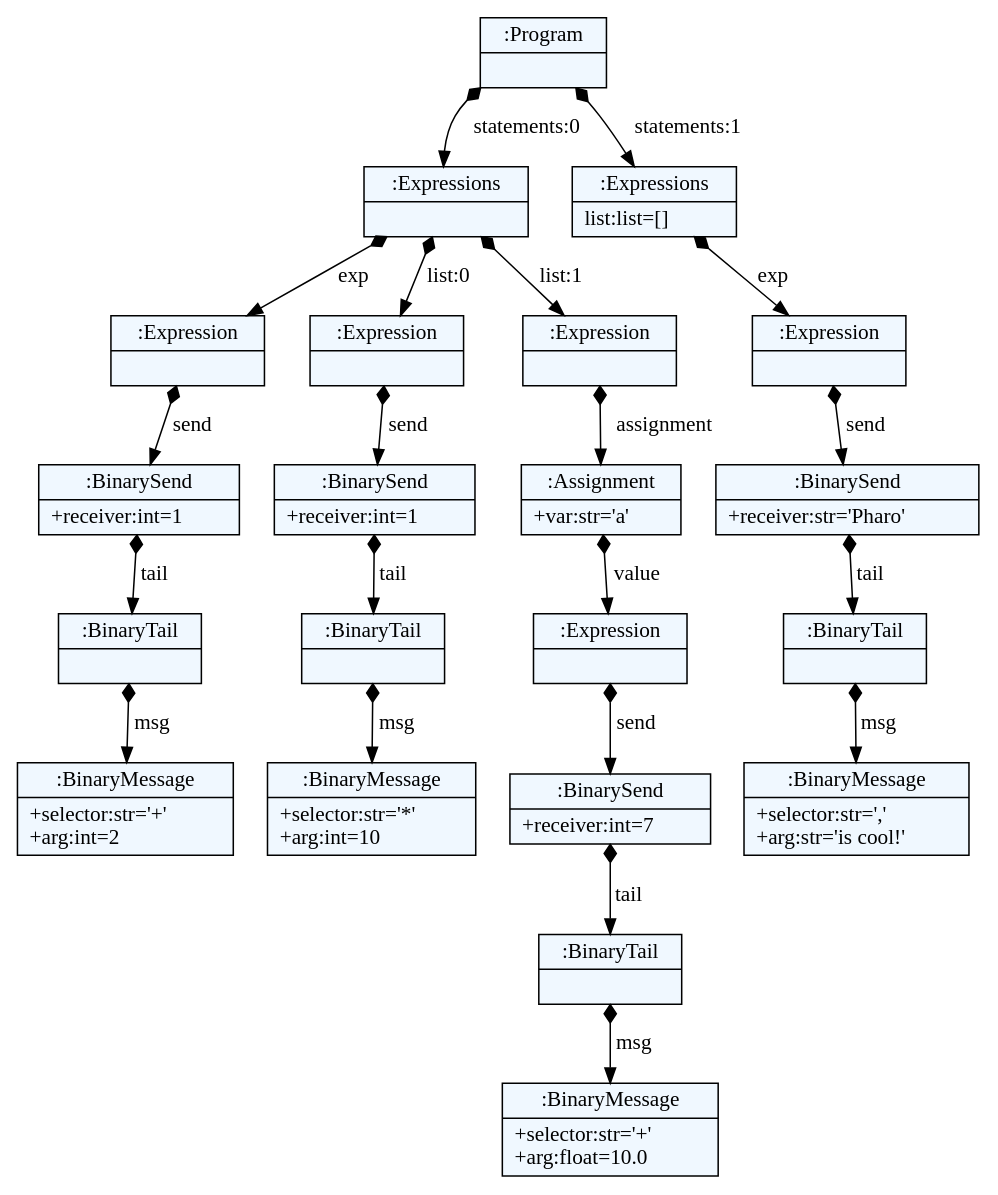
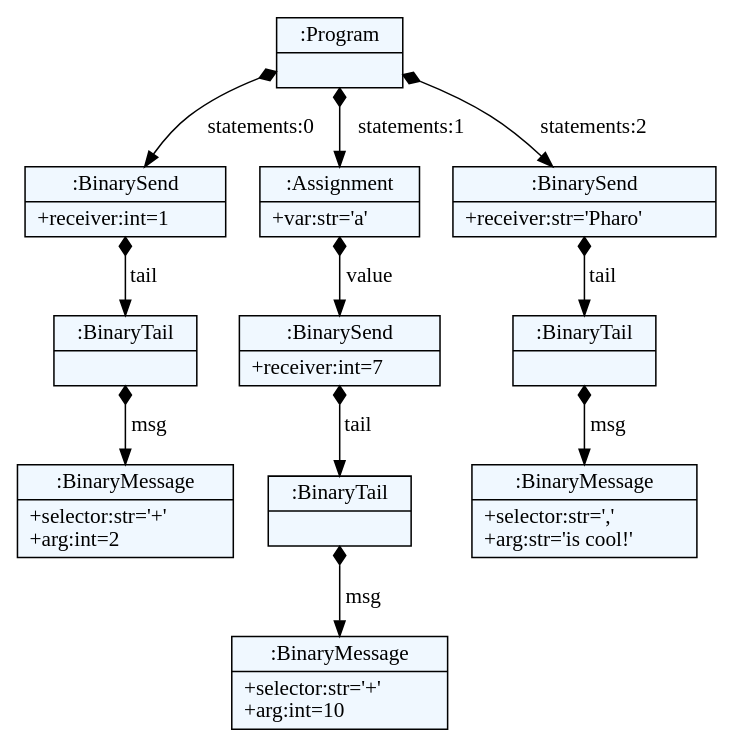
Before and after one commit to spcnz/smalltalk-parser: the diagram in parser/dot/binary_msg.dot, drawn with Graphviz. The commit also changed 6093 other files, not shown here.

```diff
--- a/parser/dot/binary_msg.dot
+++ b/parser/dot/binary_msg.dot
@@ -1,56 +1,36 @@
 
     digraph textX {
     fontname = "Bitstream Vera Sans"
     fontsize = 8
     node[
         shape=record,
         style=filled,
         fillcolor=aliceblue
     ]
     nodesep = 0.3
     edge[dir=black,arrowtail=empty]
 
 
-2686658829056 -> 2686658828664 [label="statements:0" arrowtail=diamond dir=both]
-2686658828664 -> 2686658829224 [label="exp" arrowtail=diamond dir=both]
-2686658829224 -> 2686658829616 [label="send" arrowtail=diamond dir=both]
-2686658829616 -> 2686658829336 [label="tail" arrowtail=diamond dir=both]
-2686658829336 -> 2686777472448 [label="msg" arrowtail=diamond dir=both]
-2686777472448[label="{:BinaryMessage|+selector:str='+'\l+arg:int=2\l}"]
-2686658829336[label="{:BinaryTail|}"]
-2686658829616[label="{:BinarySend|+receiver:int=1\l}"]
-2686658829224[label="{:Expression|}"]
-2686658828664 -> 2686658829392 [label="list:0" arrowtail=diamond dir=both]
-2686658829392 -> 2686658829448 [label="send" arrowtail=diamond dir=both]
-2686658829448 -> 2686777472560 [label="tail" arrowtail=diamond dir=both]
-2686777472560 -> 2686777473344 [label="msg" arrowtail=diamond dir=both]
-2686777473344[label="{:BinaryMessage|+selector:str='*'\l+arg:int=10\l}"]
-2686777472560[label="{:BinaryTail|}"]
-2686658829448[label="{:BinarySend|+receiver:int=1\l}"]
-2686658829392[label="{:Expression|}"]
-2686658828664 -> 2686658829728 [label="list:1" arrowtail=diamond dir=both]
-2686658829728 -> 2686777472280 [label="assignment" arrowtail=diamond dir=both]
-2686777472280 -> 2686777473456 [label="value" arrowtail=diamond dir=both]
-2686777473456 -> 2686777473568 [label="send" arrowtail=diamond dir=both]
-2686777473568 -> 2686777473792 [label="tail" arrowtail=diamond dir=both]
-2686777473792 -> 2686777473904 [label="msg" arrowtail=diamond dir=both]
-2686777473904[label="{:BinaryMessage|+selector:str='+'\l+arg:float=10.0\l}"]
-2686777473792[label="{:BinaryTail|}"]
-2686777473568[label="{:BinarySend|+receiver:int=7\l}"]
-2686777473456[label="{:Expression|}"]
-2686777472280[label="{:Assignment|+var:str='a'\l}"]
-2686658829728[label="{:Expression|}"]
-2686658828664[label="{:Expressions|}"]
-2686658829056 -> 2686658828888 [label="statements:1" arrowtail=diamond dir=both]
-2686658828888 -> 2686658829504 [label="exp" arrowtail=diamond dir=both]
-2686658829504 -> 2686777473400 [label="send" arrowtail=diamond dir=both]
-2686777473400 -> 2686777473736 [label="tail" arrowtail=diamond dir=both]
-2686777473736 -> 2686777474016 [label="msg" arrowtail=diamond dir=both]
-2686777474016[label="{:BinaryMessage|+selector:str=','\l+arg:str='is cool!'\l}"]
-2686777473736[label="{:BinaryTail|}"]
-2686777473400[label="{:BinarySend|+receiver:str='Pharo'\l}"]
-2686658829504[label="{:Expression|}"]
-2686658828888[label="{:Expressions|list:list=[]\l}"]
-2686658829056[label="{:Program|}"]
+2614561085704 -> 2614561085144 [label="statements:0" arrowtail=diamond dir=both]
+2614561085144 -> 2614561085200 [label="tail" arrowtail=diamond dir=both]
+2614561085200 -> 2614585671752 [label="msg" arrowtail=diamond dir=both]
+2614585671752[label="{:BinaryMessage|+selector:str='+'\l+arg:int=2\l}"]
+2614561085200[label="{:BinaryTail|}"]
+2614561085144[label="{:BinarySend|+receiver:int=1\l}"]
+2614561085704 -> 2614561085424 [label="statements:1" arrowtail=diamond dir=both]
+2614561085424 -> 2614585673824 [label="value" arrowtail=diamond dir=both]
+2614585673824 -> 2614585672816 [label="tail" arrowtail=diamond dir=both]
+2614585672816 -> 2614585675224 [label="msg" arrowtail=diamond dir=both]
+2614585675224[label="{:BinaryMessage|+selector:str='+'\l+arg:int=10\l}"]
+2614585672816[label="{:BinaryTail|}"]
+2614585673824[label="{:BinarySend|+receiver:int=7\l}"]
+2614561085424[label="{:Assignment|+var:str='a'\l}"]
+2614561085704 -> 2614561085032 [label="statements:2" arrowtail=diamond dir=both]
+2614561085032 -> 2614585674104 [label="tail" arrowtail=diamond dir=both]
+2614585674104 -> 2614585673880 [label="msg" arrowtail=diamond dir=both]
+2614585673880[label="{:BinaryMessage|+selector:str=','\l+arg:str='is cool!'\l}"]
+2614585674104[label="{:BinaryTail|}"]
+2614561085032[label="{:BinarySend|+receiver:str='Pharo'\l}"]
+2614561085704[label="{:Program|}"]
 
 }
```
